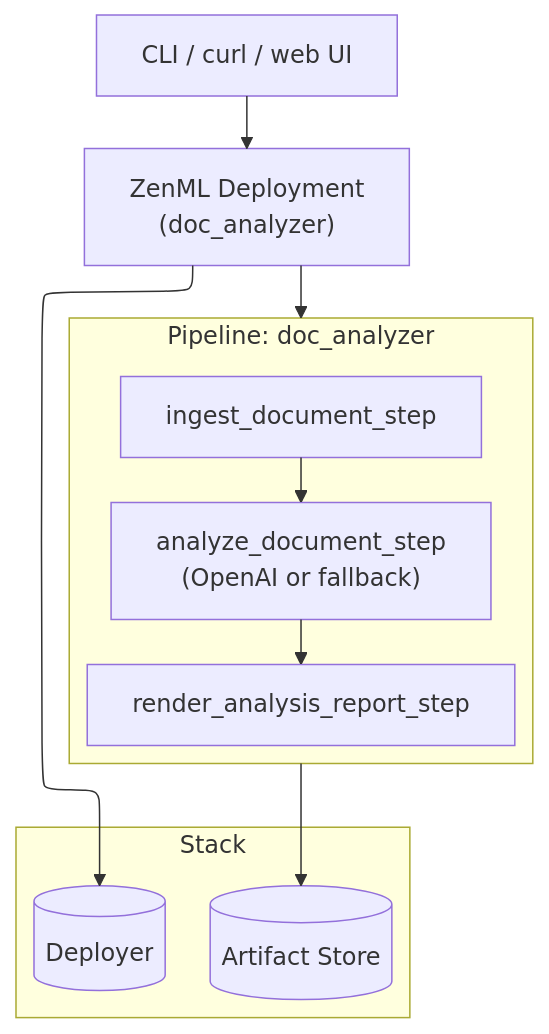
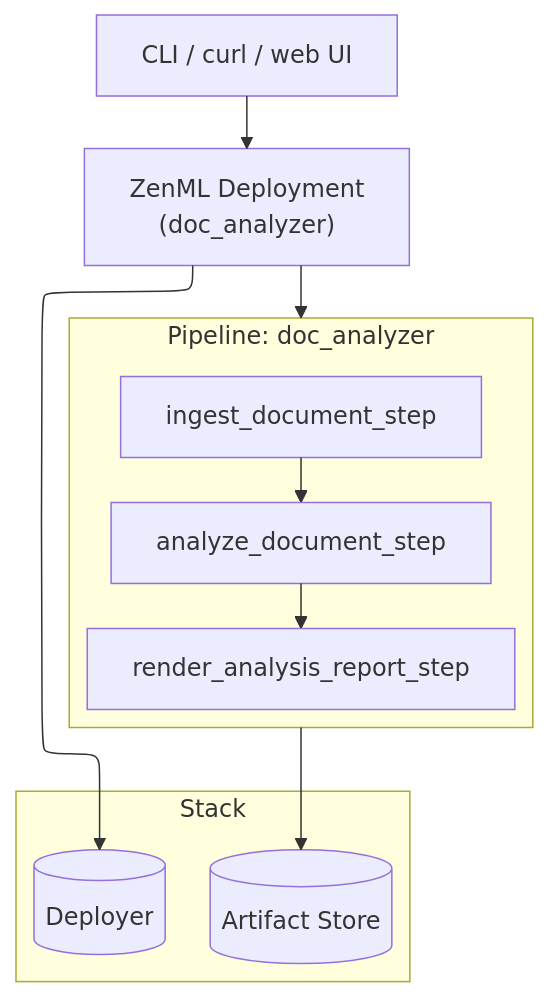
Before and after one commit to zenml-io/zenml: the first of 3 diagrams in docs/book/getting-started/your-first-ai-pipeline.md, drawn with Mermaid. The commit also changed other lines of this file, not shown here.

````diff
--- a/docs/book/getting-started/your-first-ai-pipeline.md
+++ b/docs/book/getting-started/your-first-ai-pipeline.md
@@ -35,26 +35,26 @@
 ```mermaid
 ---
 config:
   layout: elk
   theme: mc
 ---
 flowchart TB
   U["CLI / curl / web UI"] --> D["ZenML Deployment<br/>(doc_analyzer)"]
 
   subgraph PIPE["Pipeline: doc_analyzer"]
     I["ingest_document_step"]
-    A["analyze_document_step<br/>(OpenAI or fallback)"]
+    A["analyze_document_step"]
     R["render_analysis_report_step"]
     I --> A --> R
   end
 
   D --> PIPE
 
   subgraph STACK["Stack"]
     OR[("Deployer")]
     AR[("Artifact Store")]
   end
 
   PIPE --> AR
   D --> OR
 ```
````
